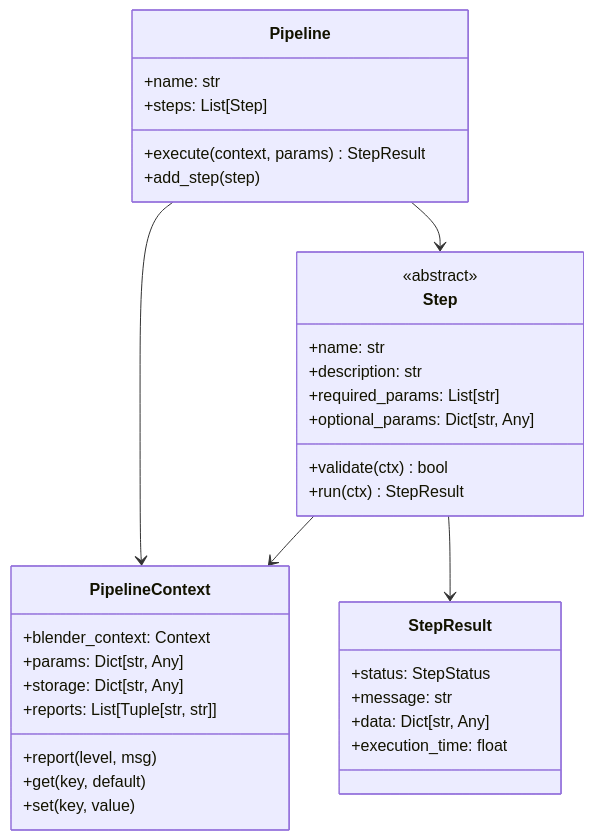
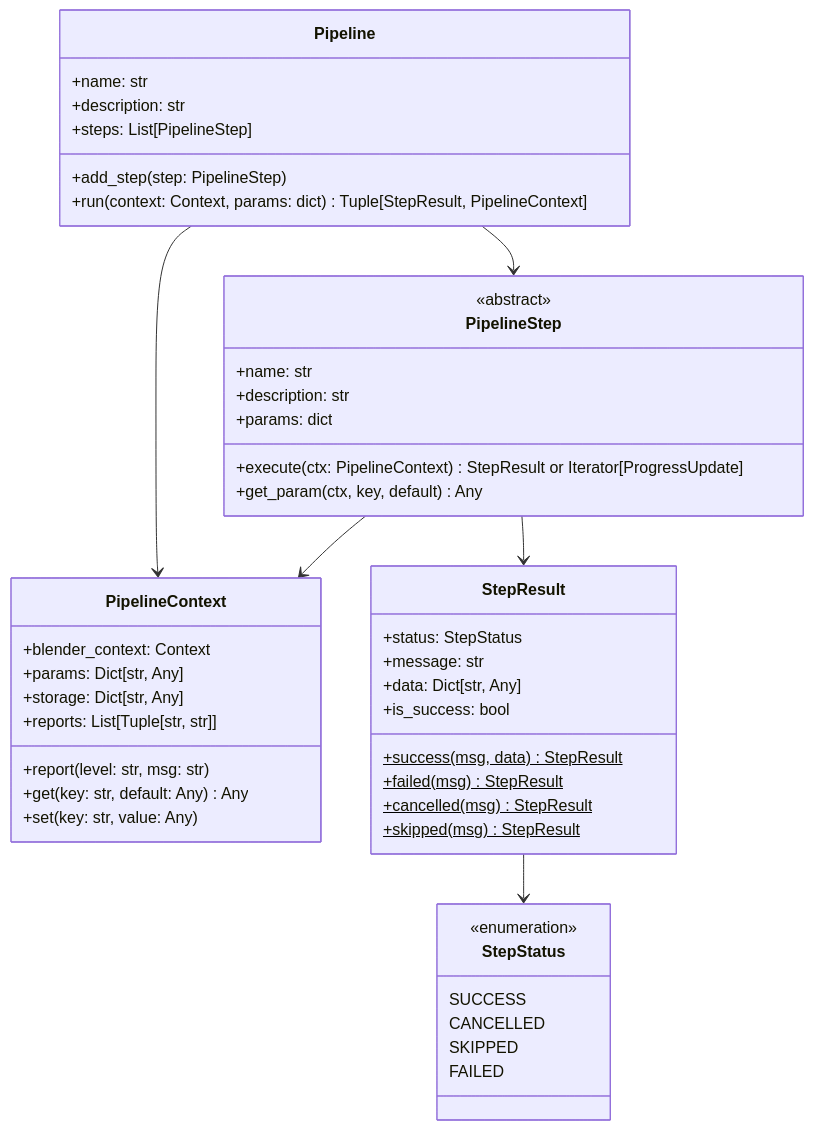
The diagram in docs/pipeline/step_pipeline.md (mozi1924/MoziToolKit), drawn with Mermaid before and after one commit. The commit also changed other lines of this file and 7 other files, not shown here.

Commit message:
docs: update and standardize documentation across mesh, pipeline, architecture, and materials sections

````diff
--- a/docs/pipeline/step_pipeline.md
+++ b/docs/pipeline/step_pipeline.md
@@ -8,41 +7,54 @@
 ```mermaid
 classDiagram
     class Pipeline {
         +name: str
-        +steps: List[Step]
-        +execute(context, params) StepResult
-        +add_step(step)
+        +description: str
+        +steps: List[PipelineStep]
+        +add_step(step: PipelineStep)
+        +run(context: Context, params: dict) Tuple[StepResult, PipelineContext]
     }
 
-    class Step {
+    class PipelineStep {
         <<abstract>>
         +name: str
         +description: str
-        +required_params: List[str]
-        +optional_params: Dict[str, Any]
-        +validate(ctx) bool
-        +run(ctx) StepResult
+        +params: dict
+        +execute(ctx: PipelineContext) StepResult or Iterator[ProgressUpdate]
+        +get_param(ctx, key, default) Any
     }
 
     class PipelineContext {
         +blender_context: Context
         +params: Dict[str, Any]
         +storage: Dict[str, Any]
         +reports: List[Tuple[str, str]]
-        +report(level, msg)
-        +get(key, default)
-        +set(key, value)
+        +report(level: str, msg: str)
+        +get(key: str, default: Any) Any
+        +set(key: str, value: Any)
     }
 
     class StepResult {
         +status: StepStatus
         +message: str
         +data: Dict[str, Any]
-        +execution_time: float
+        +is_success: bool
+        +success(msg, data)$ StepResult
+        +failed(msg)$ StepResult
+        +cancelled(msg)$ StepResult
+        +skipped(msg)$ StepResult
     }
 
-    Pipeline --> Step
+    class StepStatus {
+        <<enumeration>>
+        SUCCESS
+        CANCELLED
+        SKIPPED
+        FAILED
+    }
+
+    Pipeline --> PipelineStep
     Pipeline --> PipelineContext
-    Step --> PipelineContext
-    Step --> StepResult
+    PipelineStep --> PipelineContext
+    PipelineStep --> StepResult
+    StepResult --> StepStatus
 ```
````
